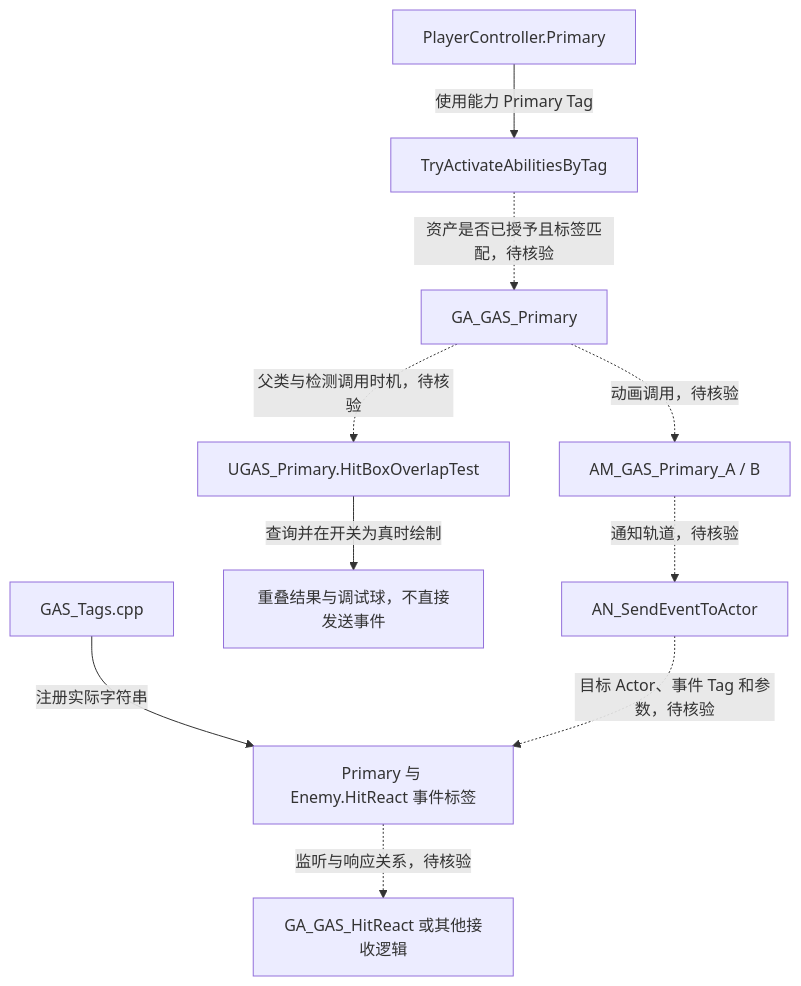
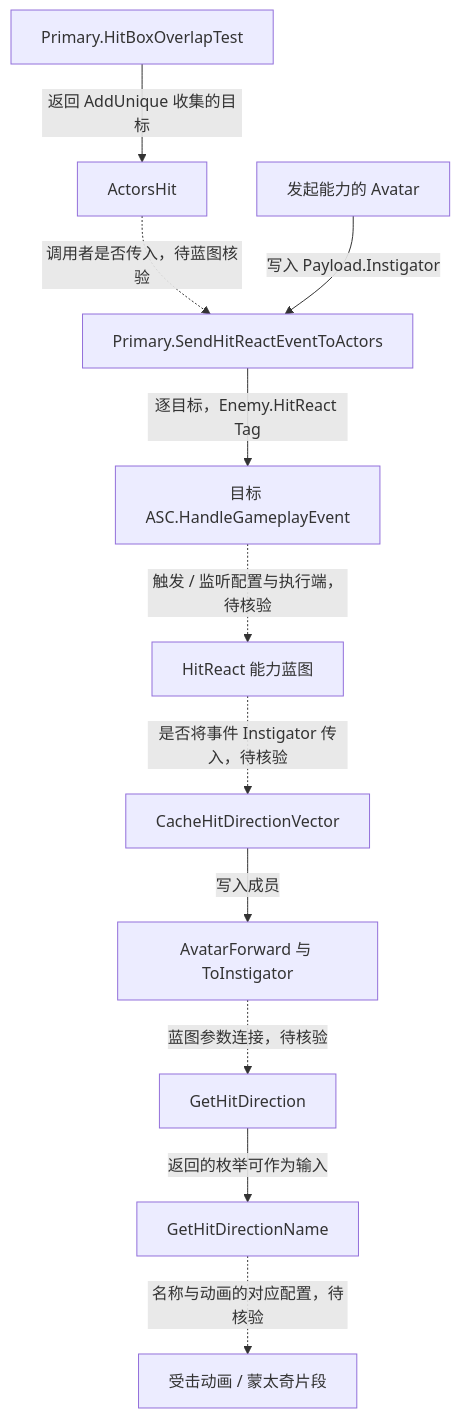
The diagram in AbilitySystem/GameplayEvents.md (xue1ong/GAS_StudyNotes), drawn with Mermaid before and after one commit. The commit also changed other lines of this file and 12 other files, not shown here.

````diff
--- a/AbilitySystem/GameplayEvents.md
+++ b/AbilitySystem/GameplayEvents.md
@@ -33,12 +20,13 @@
 ```mermaid
 flowchart TD
-    tags["GAS_Tags.cpp"] -->|"注册实际字符串"| eventTag["Primary 与 Enemy.HitReact 事件标签"]
-    controller["PlayerController.Primary"] -->|"使用能力 Primary Tag"| activation["TryActivateAbilitiesByTag"]
-    activation -.->|"资产是否已授予且标签匹配，待核验"| ability["GA_GAS_Primary"]
-    ability -.->|"父类与检测调用时机，待核验"| test["UGAS_Primary.HitBoxOverlapTest"]
-    test -->|"查询并在开关为真时绘制"| result["重叠结果与调试球，不直接发送事件"]
-    ability -.->|"动画调用，待核验"| animation["AM_GAS_Primary_A / B"]
-    animation -.->|"通知轨道，待核验"| notify["AN_SendEventToActor"]
-    notify -.->|"目标 Actor、事件 Tag 和参数，待核验"| eventTag
-    eventTag -.->|"监听与响应关系，待核验"| hit["GA_GAS_HitReact 或其他接收逻辑"]
+    query["Primary.HitBoxOverlapTest"] -->|"返回 AddUnique 收集的目标"| actors["ActorsHit"]
+    actors -.->|"调用者是否传入，待蓝图核验"| send["Primary.SendHitReactEventToActors"]
+    source["发起能力的 Avatar"] -->|"写入 Payload.Instigator"| send
+    send -->|"逐目标，Enemy.HitReact Tag"| target["目标 ASC.HandleGameplayEvent"]
+    target -.->|"触发 / 监听配置与执行端，待核验"| hit["HitReact 能力蓝图"]
+    hit -.->|"是否将事件 Instigator 传入，待核验"| cache["CacheHitDirectionVector"]
+    cache -->|"写入成员"| vectors["AvatarForward 与 ToInstigator"]
+    vectors -.->|"蓝图参数连接，待核验"| direction["GetHitDirection"]
+    direction -->|"返回的枚举可作为输入"| name["GetHitDirectionName"]
+    name -.->|"名称与动画的对应配置，待核验"| animation["受击动画 / 蒙太奇片段"]
 ```
````
